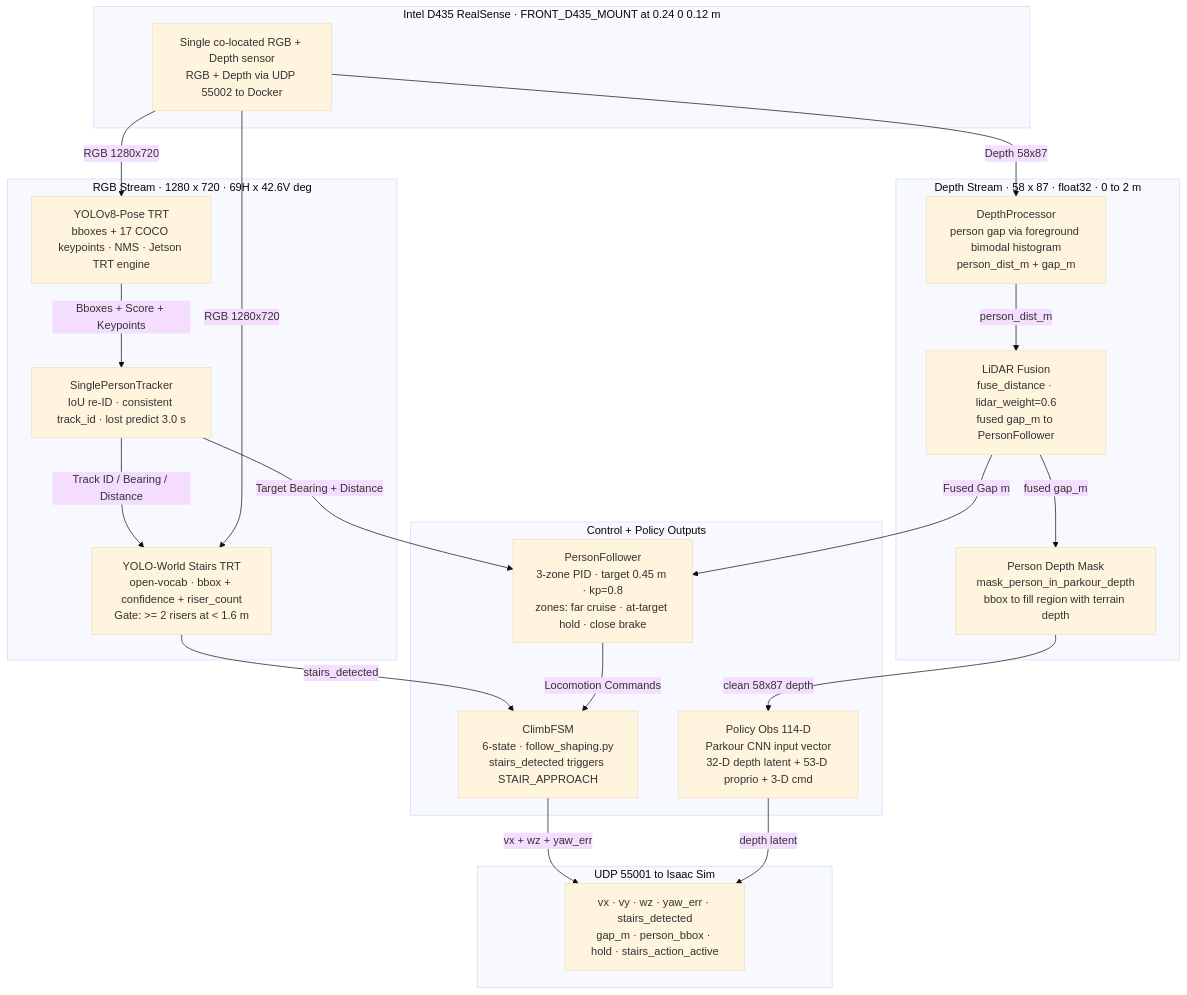
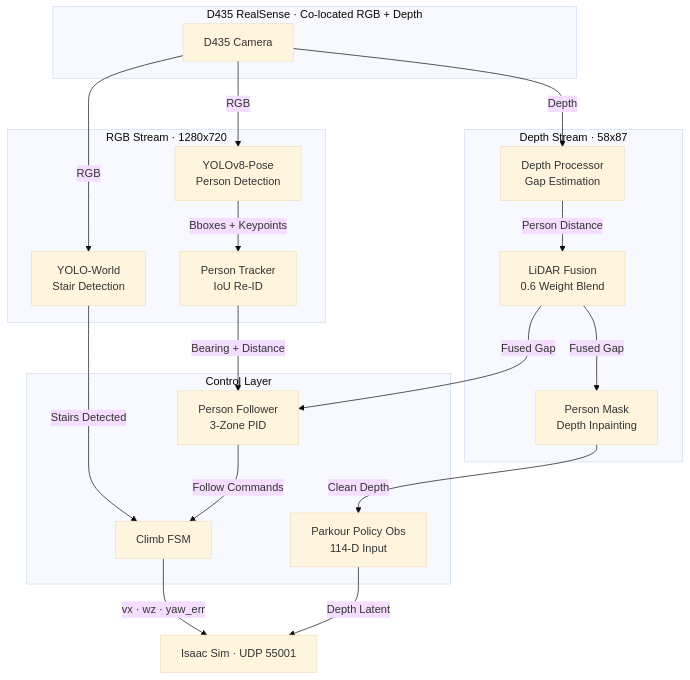
Before and after one commit to Anthony-Sin/Stair-Climbing-Robotic-Dog-for-Oxygen-Therapy-Patients: the third of 5 diagrams in readme.md, drawn with Mermaid (base theme). The commit also changed other lines of this file and 57 other files, not shown here.

````diff
--- a/readme.md
+++ b/readme.md
@@ -130,43 +94,38 @@
 ```mermaid
 graph TD
-    subgraph Camera [Intel D435 RealSense · FRONT_D435_MOUNT at 0.24 0 0.12 m]
-        D435[Single co-located RGB + Depth sensor\nRGB + Depth via UDP 55002 to Docker]
+    subgraph Camera [D435 RealSense · Co-located RGB + Depth]
+        D435[D435 Camera]
     end
 
-    subgraph RGB [RGB Stream · 1280 x 720 · 69H x 42.6V deg]
-        YoloPose[YOLOv8-Pose TRT\nbboxes + 17 COCO keypoints · NMS · Jetson TRT engine]
-        Tracker[SinglePersonTracker\nIoU re-ID · consistent track_id · lost predict 3.0 s]
-        YoloStair[YOLO-World Stairs TRT\nopen-vocab · bbox + confidence + riser_count\nGate: >= 2 risers at < 1.6 m]
-        YoloPose -->|Bboxes + Score + Keypoints| Tracker
-        Tracker -->|Track ID / Bearing / Distance| YoloStair
+    subgraph RGB [RGB Stream · 1280x720]
+        YoloPose[YOLOv8-Pose\nPerson Detection]
+        Tracker[Person Tracker\nIoU Re-ID]
+        YoloStair[YOLO-World\nStair Detection]
+        YoloPose -->|Bboxes + Keypoints| Tracker
     end
 
-    subgraph Depth [Depth Stream · 58 x 87 · float32 · 0 to 2 m]
-        DepthProc[DepthProcessor\nperson gap via foreground bimodal histogram\nperson_dist_m + gap_m]
-        LiDAR[LiDAR Fusion\nfuse_distance · lidar_weight=0.6\nfused gap_m to PersonFollower]
-        PersonMask[Person Depth Mask\nmask_person_in_parkour_depth\nbbox to fill region with terrain depth]
-        DepthProc -->|person_dist_m| LiDAR
-        LiDAR -->|fused gap_m| PersonMask
+    subgraph Depth [Depth Stream · 58x87]
+        DepthProc[Depth Processor\nGap Estimation]
+        LiDAR[LiDAR Fusion\n0.6 Weight Blend]
+        PersonMask[Person Mask\nDepth Inpainting]
+        DepthProc -->|Person Distance| LiDAR
+        LiDAR -->|Fused Gap| PersonMask
     end
 
-    subgraph Control [Control + Policy Outputs]
-        PFollow[PersonFollower\n3-zone PID · target 0.45 m · kp=0.8\nzones: far cruise · at-target hold · close brake]
-        ClimbFSM[ClimbFSM\n6-state · follow_shaping.py\nstairs_detected triggers STAIR_APPROACH]
-        PolicyObs[Policy Obs 114-D\nParkour CNN input vector\n32-D depth latent + 53-D proprio + 3-D cmd]
+    subgraph Control [Control Layer]
+        PFollow[Person Follower\n3-Zone PID]
+        ClimbFSM[Climb FSM]
+        PolicyObs[Parkour Policy Obs\n114-D Input]
     end
 
-    subgraph Output [UDP 55001 to Isaac Sim]
-        UDP[vx · vy · wz · yaw_err · stairs_detected\ngap_m · person_bbox · hold · stairs_action_active]
-    end
-
-    D435 -->|RGB 1280x720| YoloPose
-    D435 -->|RGB 1280x720| YoloStair
-    D435 -->|Depth 58x87| DepthProc
-    PersonMask -->|clean 58x87 depth| PolicyObs
-    Tracker -->|Target Bearing + Distance| PFollow
-    LiDAR -->|Fused Gap m| PFollow
-    YoloStair -->|stairs_detected| ClimbFSM
-    PFollow -->|Locomotion Commands| ClimbFSM
-    ClimbFSM -->|vx + wz + yaw_err| UDP
-    PolicyObs -->|depth latent| UDP
+    D435 -->|RGB| YoloPose
+    D435 -->|RGB| YoloStair
+    D435 -->|Depth| DepthProc
+    Tracker -->|Bearing + Distance| PFollow
+    LiDAR -->|Fused Gap| PFollow
+    PersonMask -->|Clean Depth| PolicyObs
+    YoloStair -->|Stairs Detected| ClimbFSM
+    PFollow -->|Follow Commands| ClimbFSM
+    ClimbFSM -->|vx · wz · yaw_err| Isaac[Isaac Sim · UDP 55001]
+    PolicyObs -->|Depth Latent| Isaac
 ```
````
